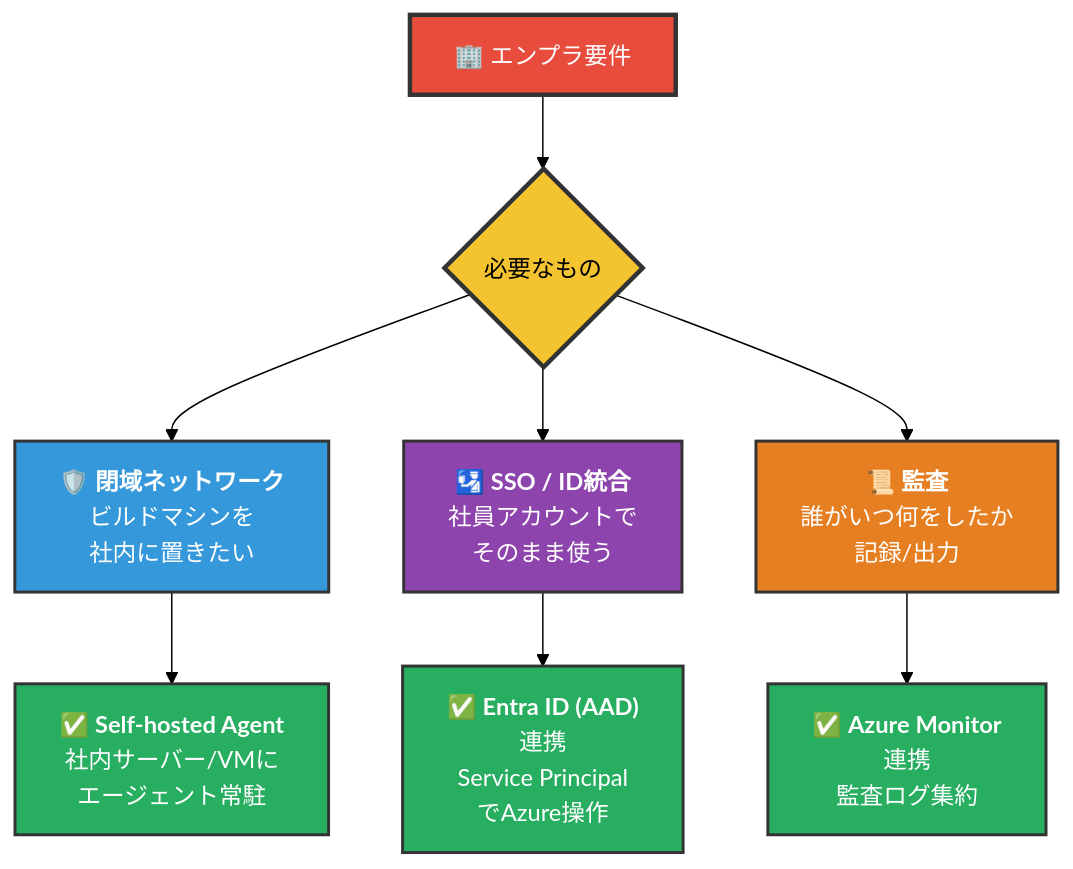
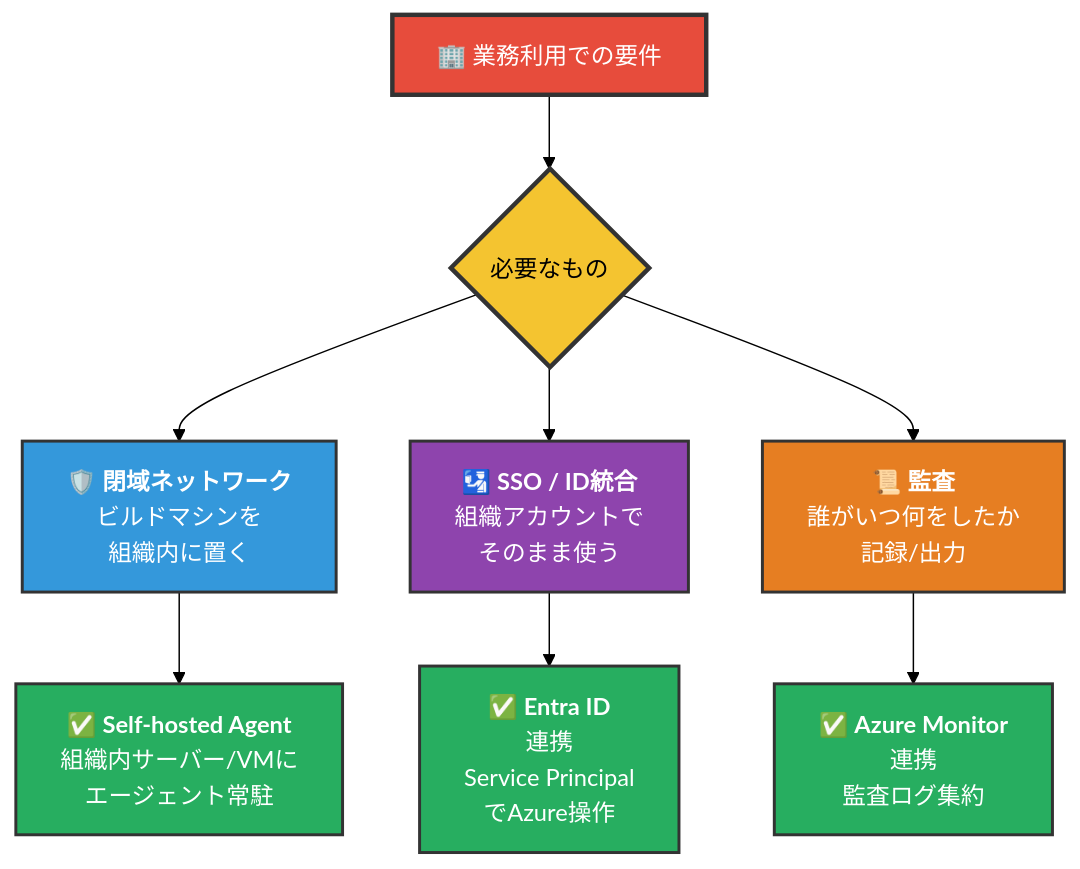
Diagram 21 of 35 in azure/azure.md (kasuyaofcb/tech_docs), drawn with Mermaid (forest theme) before and after one commit. The commit also changed other lines of this file and 1 other file, not shown here.

````diff
--- a/azure/azure.md
+++ b/azure/azure.md
@@ -614,21 +614,21 @@
 ```mermaid
 flowchart TB
-    R["🏢 エンプラ要件"] --> R1{"必要なもの"}
+    R["🏢 業務利用での要件"] --> R1{"必要なもの"}
 
-    R1 --> N1["🛡️ <b>閉域ネットワーク</b><br/>ビルドマシンを<br/>社内に置きたい"]
-    R1 --> N2["🛂 <b>SSO / ID統合</b><br/>社員アカウントで<br/>そのまま使う"]
+    R1 --> N1["🛡️ <b>閉域ネットワーク</b><br/>ビルドマシンを<br/>組織内に置く"]
+    R1 --> N2["🛂 <b>SSO / ID統合</b><br/>組織アカウントで<br/>そのまま使う"]
     R1 --> N3["📜 <b>監査</b><br/>誰がいつ何をしたか<br/>記録/出力"]
 
-    N1 --> S1["✅ <b>Self-hosted Agent</b><br/>社内サーバー/VMに<br/>エージェント常駐"]
-    N2 --> S2["✅ <b>Entra ID (AAD)</b><br/>連携<br/>Service Principal<br/>でAzure操作"]
+    N1 --> S1["✅ <b>Self-hosted Agent</b><br/>組織内サーバー/VMに<br/>エージェント常駐"]
+    N2 --> S2["✅ <b>Entra ID</b><br/>連携<br/>Service Principal<br/>でAzure操作"]
     N3 --> S3["✅ <b>Azure Monitor</b><br/>連携<br/>監査ログ集約"]
 
     style R fill:#E74C3C,color:#FFFFFF,stroke:#333,stroke-width:3px
     style R1 fill:#F4C430,color:#000,stroke:#333,stroke-width:3px
     style N1 fill:#3498DB,color:#FFFFFF,stroke:#333,stroke-width:2px
     style N2 fill:#8E44AD,color:#FFFFFF,stroke:#333,stroke-width:2px
     style N3 fill:#E67E22,color:#FFFFFF,stroke:#333,stroke-width:2px
     style S1 fill:#27AE60,color:#FFFFFF,stroke:#333,stroke-width:2px
     style S2 fill:#27AE60,color:#FFFFFF,stroke:#333,stroke-width:2px
     style S3 fill:#27AE60,color:#FFFFFF,stroke:#333,stroke-width:2px
 ```
````
